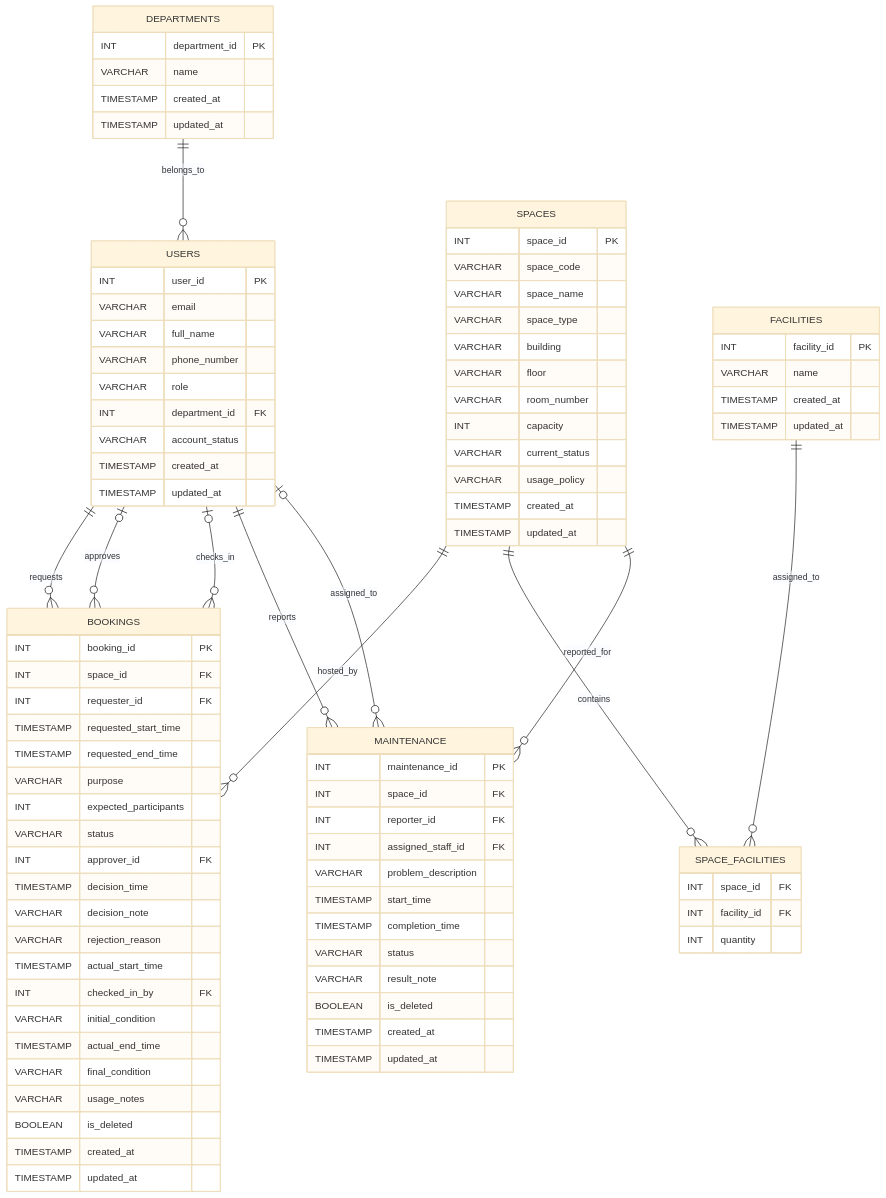
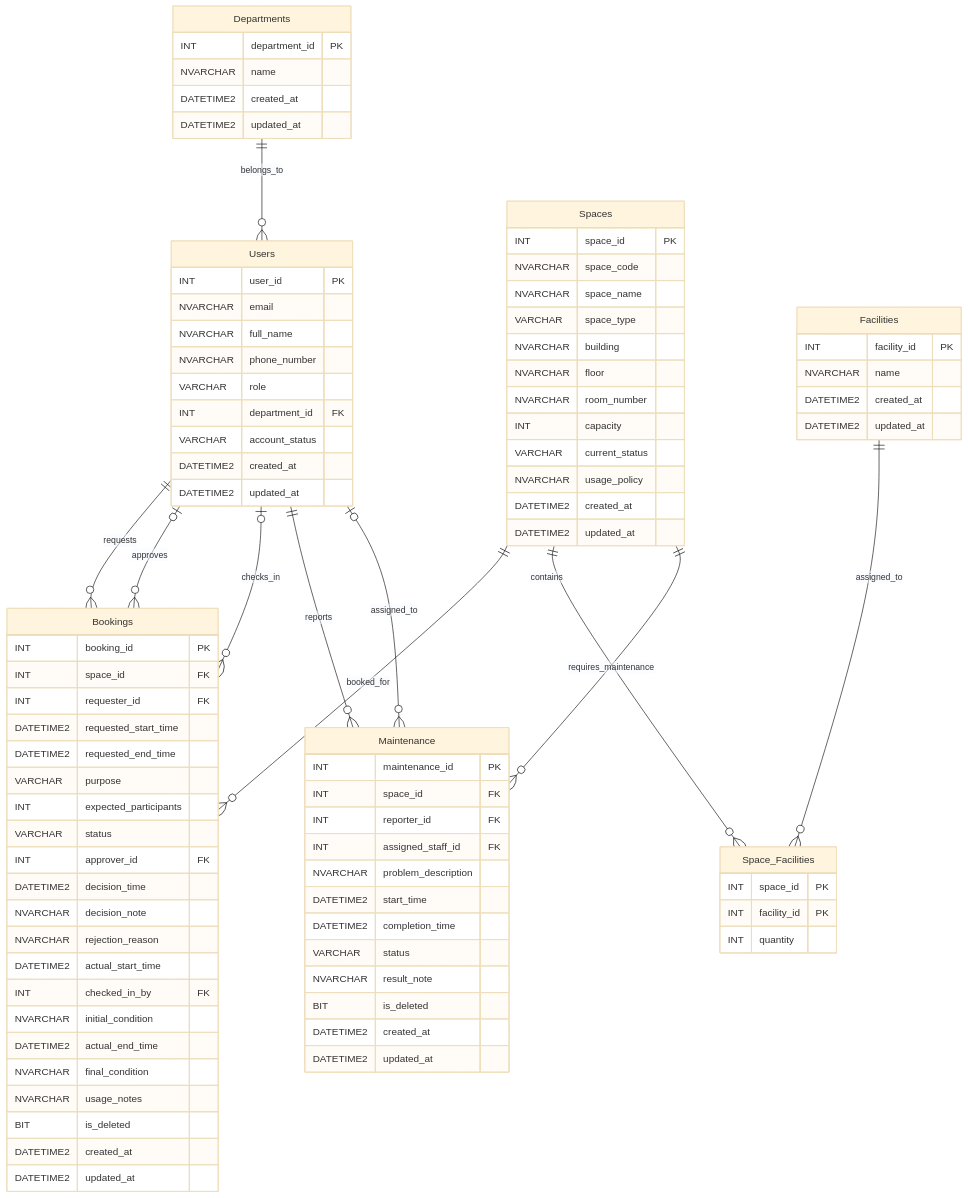
One commit to AmnO-O/CS486-Project changed the diagram in outputs/02-erd-G05.md. Above: the diagram before and after it, drawn with Mermaid (base theme). The commit also changed other lines of this file and 12 other files, not shown here.

````diff
--- a/outputs/02-erd-G05.md
+++ b/outputs/02-erd-G05.md
@@ -12,116 +7,99 @@
 ```mermaid
 erDiagram
-    DEPARTMENTS {
+    Departments {
         INT department_id PK
-        VARCHAR name
-        TIMESTAMP created_at
-        TIMESTAMP updated_at
+        NVARCHAR name
+        DATETIME2 created_at
+        DATETIME2 updated_at
     }
 
-    USERS {
+    Users {
         INT user_id PK
-        VARCHAR email
-        VARCHAR full_name
-        VARCHAR phone_number
+        NVARCHAR email
+        NVARCHAR full_name
+        NVARCHAR phone_number
         VARCHAR role
         INT department_id FK
         VARCHAR account_status
-        TIMESTAMP created_at
-        TIMESTAMP updated_at
+        DATETIME2 created_at
+        DATETIME2 updated_at
     }
 
-    SPACES {
+    Spaces {
         INT space_id PK
-        VARCHAR space_code
-        VARCHAR space_name
+        NVARCHAR space_code
+        NVARCHAR space_name
         VARCHAR space_type
-        VARCHAR building
-        VARCHAR floor
-        VARCHAR room_number
+        NVARCHAR building
+        NVARCHAR floor
+        NVARCHAR room_number
         INT capacity
         VARCHAR current_status
-        VARCHAR usage_policy
-        TIMESTAMP created_at
-        TIMESTAMP updated_at
+        NVARCHAR usage_policy
+        DATETIME2 created_at
+        DATETIME2 updated_at
     }
 
-    FACILITIES {
+    Facilities {
         INT facility_id PK
-        VARCHAR name
-        TIMESTAMP created_at
-        TIMESTAMP updated_at
+        NVARCHAR name
+        DATETIME2 created_at
+        DATETIME2 updated_at
     }
 
-    SPACE_FACILITIES {
-        INT space_id FK
-        INT facility_id FK
+    Space_Facilities {
+        INT space_id PK
+        INT facility_id PK
         INT quantity
     }
 
-    BOOKINGS {
+    Bookings {
         INT booking_id PK
         INT space_id FK
         INT requester_id FK
-        TIMESTAMP requested_start_time
-        TIMESTAMP requested_end_time
+        DATETIME2 requested_start_time
+        DATETIME2 requested_end_time
         VARCHAR purpose
         INT expected_participants
         VARCHAR status
         INT approver_id FK
-        TIMESTAMP decision_time
-        VARCHAR decision_note
-        VARCHAR rejection_reason
-        TIMESTAMP actual_start_time
+        DATETIME2 decision_time
+        NVARCHAR decision_note
+        NVARCHAR rejection_reason
+        DATETIME2 actual_start_time
         INT checked_in_by FK
-        VARCHAR initial_condition
-        TIMESTAMP actual_end_time
-        VARCHAR final_condition
-        VARCHAR usage_notes
-        BOOLEAN is_deleted
-        TIMESTAMP created_at
-        TIMESTAMP updated_at
+        NVARCHAR initial_condition
+        DATETIME2 actual_end_time
+        NVARCHAR final_condition
+        NVARCHAR usage_notes
+        BIT is_deleted
+        DATETIME2 created_at
+        DATETIME2 updated_at
     }
 
-    MAINTENANCE {
+    Maintenance {
         INT maintenance_id PK
         INT space_id FK
         INT reporter_id FK
         INT assigned_staff_id FK
-        VARCHAR problem_description
-        TIMESTAMP start_time
-        TIMESTAMP completion_time
+        NVARCHAR problem_description
+        DATETIME2 start_time
+        DATETIME2 completion_time
         VARCHAR status
-        VARCHAR result_note
-        BOOLEAN is_deleted
-        TIMESTAMP created_at
-        TIMESTAMP updated_at
+        NVARCHAR result_note
+        BIT is_deleted
+        DATETIME2 created_at
+        DATETIME2 updated_at
     }
 
-    %% R1: Departments -> Users (1:N, Users total — each user belongs to exactly one department)
-    DEPARTMENTS ||--o{ USERS : "belongs_to"
-
-    %% R2: Users -> Bookings (requester, 1:N, Bookings total on requester)
-    USERS ||--o{ BOOKINGS : "requests"
-
-    %% R3: Users -> Bookings (approver, 1:N, Bookings partial — approver set only after decision)
-    USERS |o--o{ BOOKINGS : "approves"
-
-    %% R4: Users -> Bookings (checked-in by, 1:N, Bookings partial — set only at check-in)
-    USERS |o--o{ BOOKINGS : "checks_in"
-
-    %% R5: Spaces -> Bookings (1:N, Bookings total on space)
-    SPACES ||--o{ BOOKINGS : "hosted_by"
-
-    %% R6: Spaces <-> Facilities (M:N via Space_Facilities, both partial)
-    SPACES ||--o{ SPACE_FACILITIES : "contains"
-    FACILITIES ||--o{ SPACE_FACILITIES : "assigned_to"
-
-    %% R7: Spaces -> Maintenance (1:N, Maintenance total on space)
-    SPACES ||--o{ MAINTENANCE : "reported_for"
-
-    %% R8: Users -> Maintenance (reporter, 1:N, Maintenance total on reporter)
-    USERS ||--o{ MAINTENANCE : "reports"
-
-    %% R9: Users -> Maintenance (assigned staff, 1:N, Maintenance partial — assignee may be set later)
-    USERS |o--o{ MAINTENANCE : "assigned_to"
+    Departments ||--o{ Users : "belongs_to"
+    Users ||--o{ Bookings : "requests"
+    Users |o--o{ Bookings : "approves"
+    Users |o--o{ Bookings : "checks_in"
+    Spaces ||--o{ Bookings : "booked_for"
+    Spaces ||--o{ Space_Facilities : "contains"
+    Facilities ||--o{ Space_Facilities : "assigned_to"
+    Spaces ||--o{ Maintenance : "requires_maintenance"
+    Users ||--o{ Maintenance : "reports"
+    Users |o--o{ Maintenance : "assigned_to"
 ```
````
